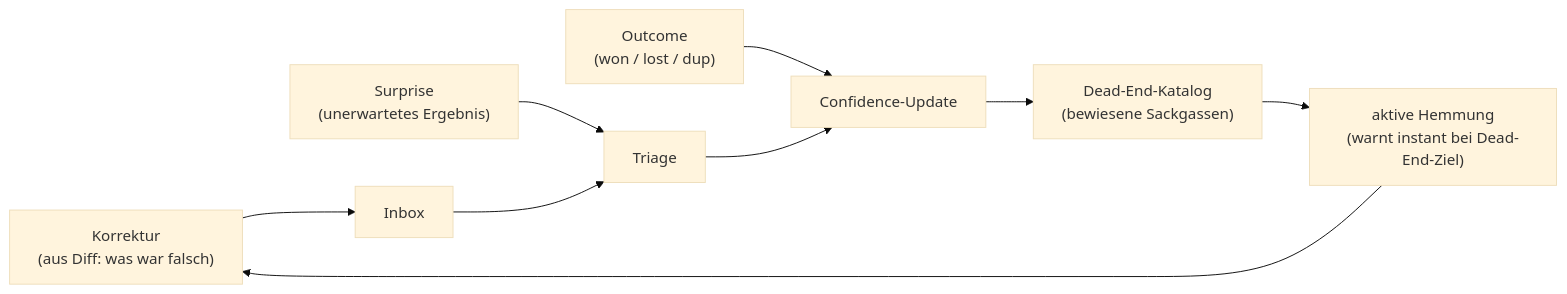
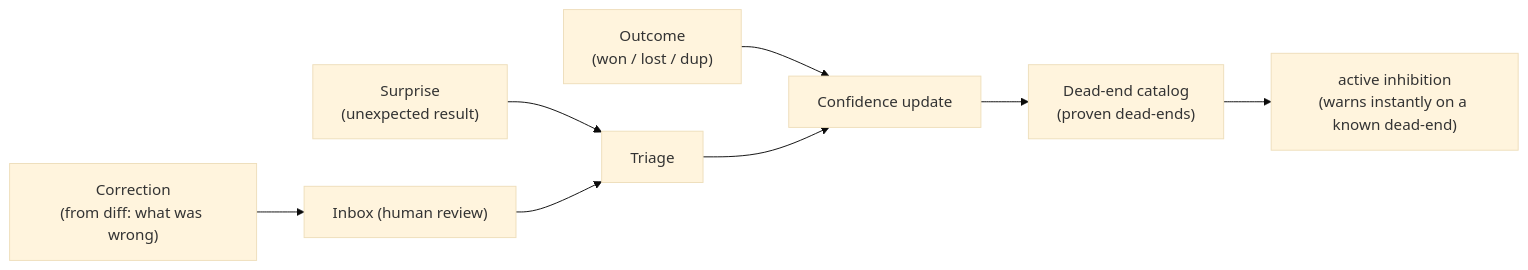
One commit to engramdev/markmem changed the second of 2 diagrams in README.md. Above: the diagram before and after it, drawn with Mermaid (base theme). The commit also changed other lines of this file and 10 other files, not shown here.

````diff
--- a/README.md
+++ b/README.md
@@ -203,11 +169,10 @@
 ```mermaid
 flowchart LR
-    KORR["Korrektur<br/>(aus Diff: was war falsch)"] --> INBOX
-    SURP["Surprise<br/>(unerwartetes Ergebnis)"] --> TRIAGE["Triage"]
-    OUT["Outcome<br/>(won / lost / dup)"] --> CONF["Confidence-Update"]
+    KORR["Correction<br/>(from diff: what was wrong)"] --> INBOX
+    SURP["Surprise<br/>(unexpected result)"] --> TRIAGE["Triage"]
+    OUT["Outcome<br/>(won / lost / dup)"] --> CONF["Confidence update"]
     TRIAGE --> CONF
-    CONF --> DEAD["Dead-End-Katalog<br/>(bewiesene Sackgassen)"]
-    DEAD --> HEMM["aktive Hemmung<br/>(warnt instant bei Dead-End-Ziel)"]
-    INBOX["Inbox"] --> TRIAGE
-    HEMM --> KORR
+    CONF --> DEAD["Dead-end catalog<br/>(proven dead-ends)"]
+    DEAD --> INHIB["active inhibition<br/>(warns instantly on a known dead-end)"]
+    INBOX["Inbox (human review)"] --> TRIAGE
 ```
````
